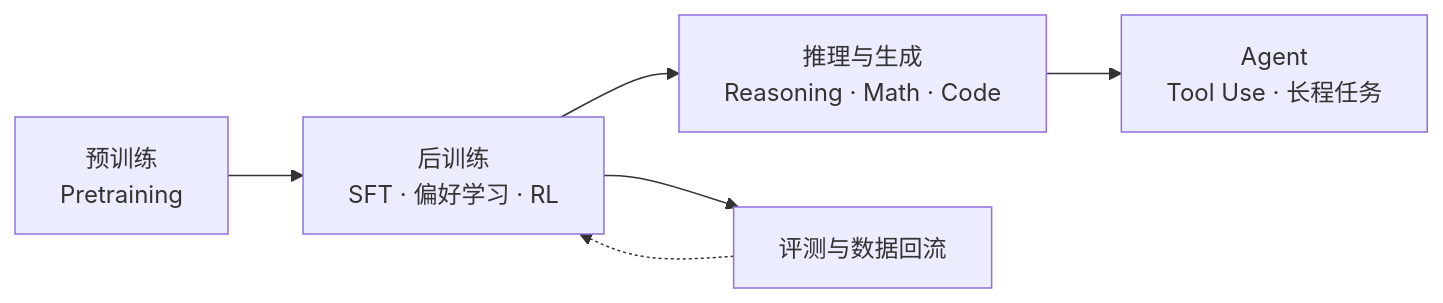
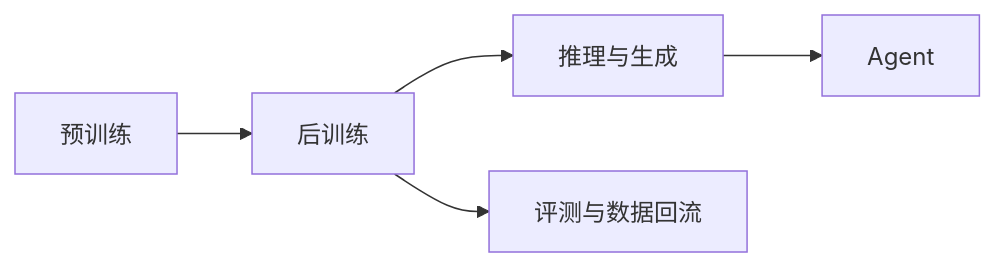
The diagram in docs/llm/index.md (yanqiyao1/coding), drawn with Mermaid before and after one commit. The commit also changed other lines of this file and 30 other files, not shown here.

Commit message:
feat: 启用 KaTeX 数学公式；修复 Mermaid 图表被代码块包裹、缩放偏小的问题

````diff
--- a/docs/llm/index.md
+++ b/docs/llm/index.md
@@ -12,8 +12,7 @@
 ```mermaid
 flowchart LR
-    A[预训练<br/>Pretraining] --> B[后训练<br/>SFT · 偏好学习 · RL]
-    B --> C[推理与生成<br/>Reasoning · Math · Code]
-    C --> D[Agent<br/>Tool Use · 长程任务]
+    A[预训练] --> B[后训练]
+    B --> C[推理与生成]
+    C --> D[Agent]
     B --> E[评测与数据回流]
-    E -.-> B
 ```
````
